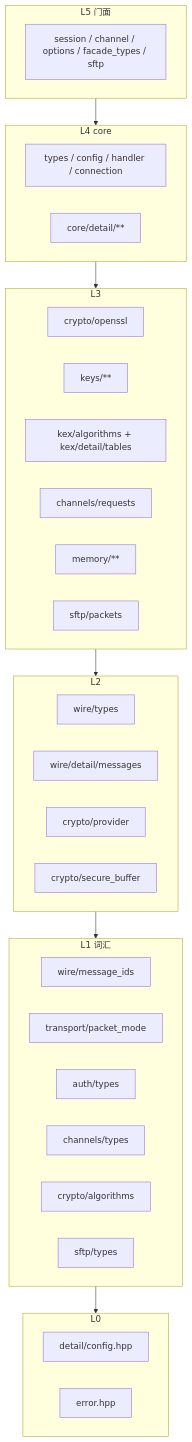
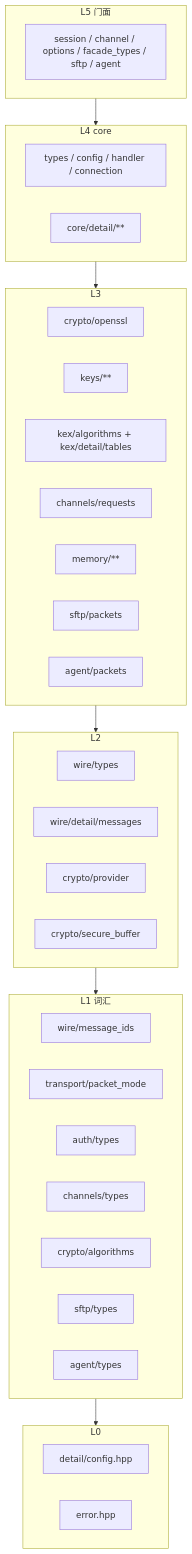
Before and after one commit to daipingh/yanterm-ssh: the diagram in PUBLIC_API.md, drawn with Mermaid. The commit also changed other lines of this file and 78 other files, not shown here.

````diff
--- a/PUBLIC_API.md
+++ b/PUBLIC_API.md
@@ -18,37 +18,39 @@
 ```mermaid
 flowchart TB
   subgraph L5["L5 门面"]
-    facade["session / channel / options / facade_types / sftp"]
+    facade["session / channel / options / facade_types / sftp / agent"]
   end
   subgraph L4["L4 core"]
     core_pub["types / config / handler / connection"]
     core_priv["core/detail/**"]
   end
   subgraph L3["L3"]
     openssl["crypto/openssl"]
     keys["keys/**"]
     kexalg["kex/algorithms + kex/detail/tables"]
     reqs["channels/requests"]
     memory["memory/**"]
     sftp_pkt["sftp/packets"]
+    agent_pkt["agent/packets"]
   end
   subgraph L2["L2"]
     wtypes["wire/types"]
     wmsg["wire/detail/messages"]
     prov["crypto/provider"]
     secbuf["crypto/secure_buffer"]
   end
   subgraph L1["L1 词汇"]
     mid["wire/message_ids"]
     pm["transport/packet_mode"]
     at["auth/types"]
     ct["channels/types"]
     calg["crypto/algorithms"]
     sftp_ty["sftp/types"]
+    agent_ty["agent/types"]
   end
   subgraph L0["L0"]
     cfg["detail/config.hpp"]
     err["error.hpp"]
   end
   L5 --> L4 --> L3 --> L2 --> L1 --> L0
 ```
````
